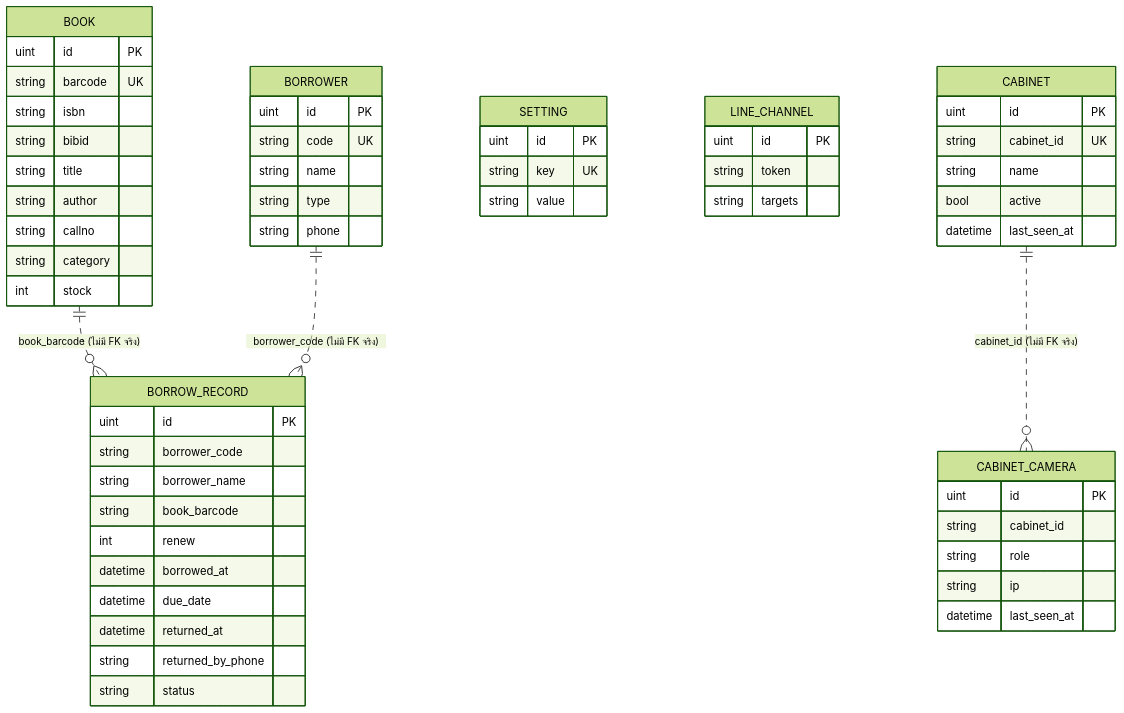
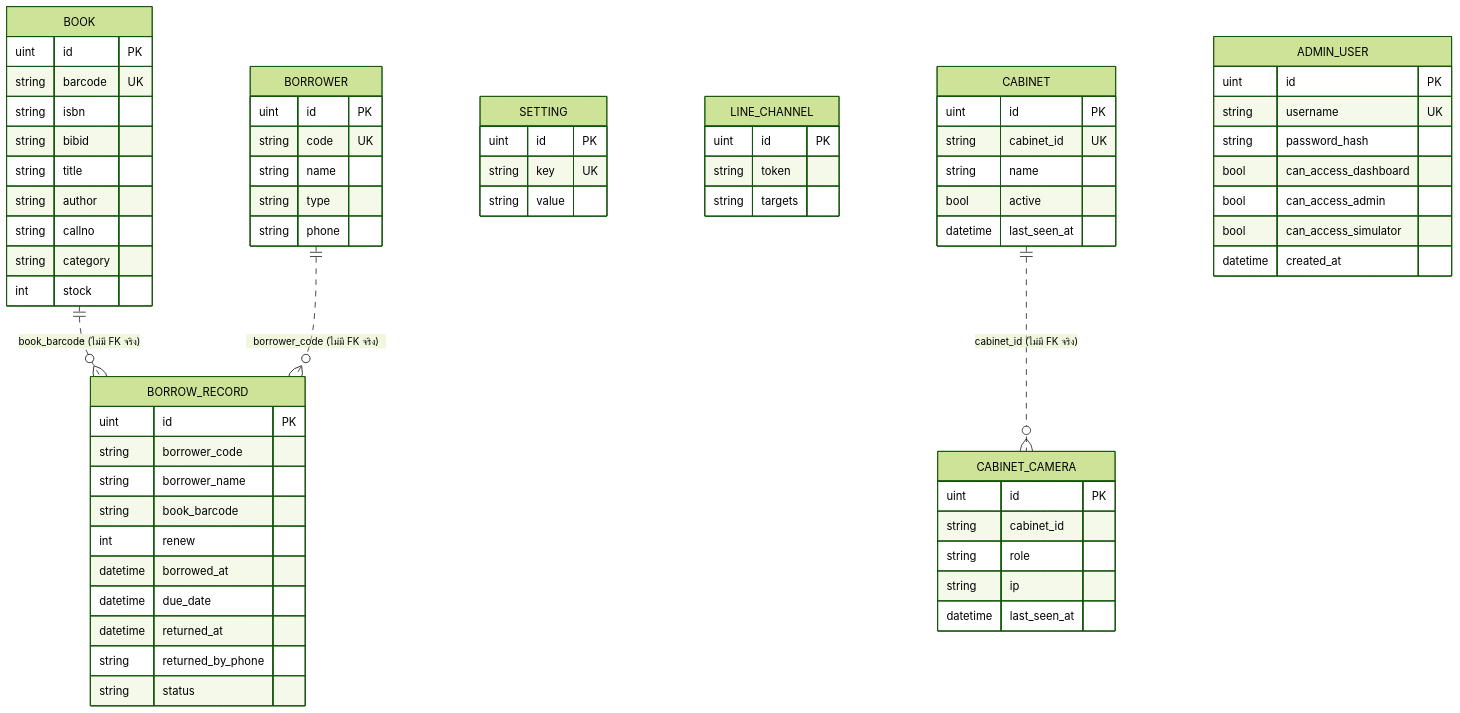
One commit to knot339/smart-library changed the third of 3 diagrams in README.md. Above: the diagram before and after it, drawn with Mermaid (forest theme). The commit also changed other lines of this file and 14 other files, not shown here.

First line of the commit message:
Implement centralized authentication system with session management for dashboard and simulator access

````diff
--- a/README.md
+++ b/README.md
@@ -150,60 +178,69 @@
 ```mermaid
 erDiagram
     BOOK {
         uint id PK
         string barcode UK
         string isbn
         string bibid
         string title
         string author
         string callno
         string category
         int stock
     }
     BORROWER {
         uint id PK
         string code UK
         string name
         string type
         string phone
     }
     BORROW_RECORD {
         uint id PK
         string borrower_code
         string borrower_name
         string book_barcode
         int renew
         datetime borrowed_at
         datetime due_date
         datetime returned_at
         string returned_by_phone
         string status
     }
     SETTING {
         uint id PK
         string key UK
         string value
     }
     LINE_CHANNEL {
         uint id PK
         string token
         string targets
     }
     CABINET {
         uint id PK
         string cabinet_id UK
         string name
         bool active
         datetime last_seen_at
     }
     CABINET_CAMERA {
         uint id PK
         string cabinet_id
         string role
         string ip
         datetime last_seen_at
     }
+    ADMIN_USER {
+        uint id PK
+        string username UK
+        string password_hash
+        bool can_access_dashboard
+        bool can_access_admin
+        bool can_access_simulator
+        datetime created_at
+    }
     BOOK ||..o{ BORROW_RECORD : "book_barcode (ไม่มี FK จริง)"
     BORROWER ||..o{ BORROW_RECORD : "borrower_code (ไม่มี FK จริง)"
     CABINET ||..o{ CABINET_CAMERA : "cabinet_id (ไม่มี FK จริง)"
 ```
````
